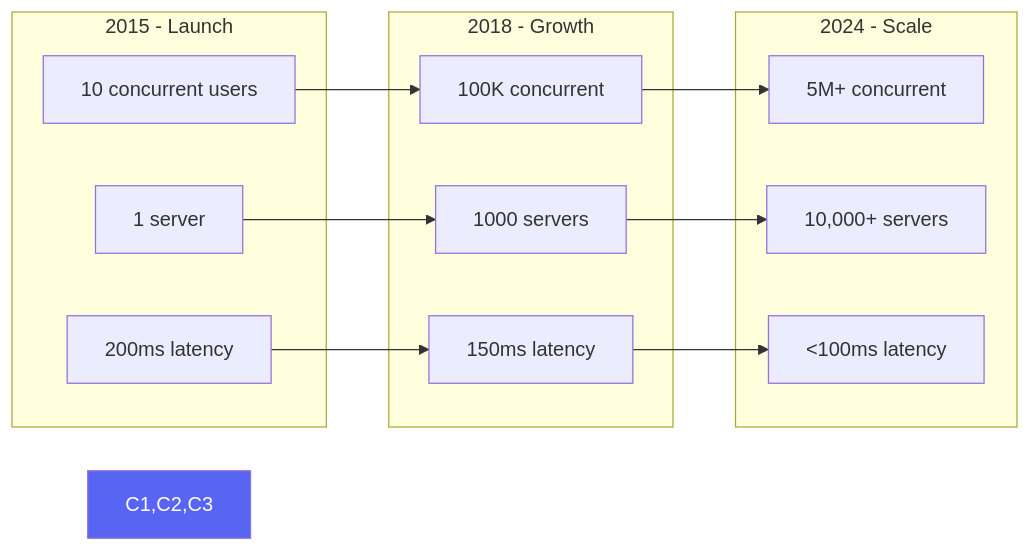
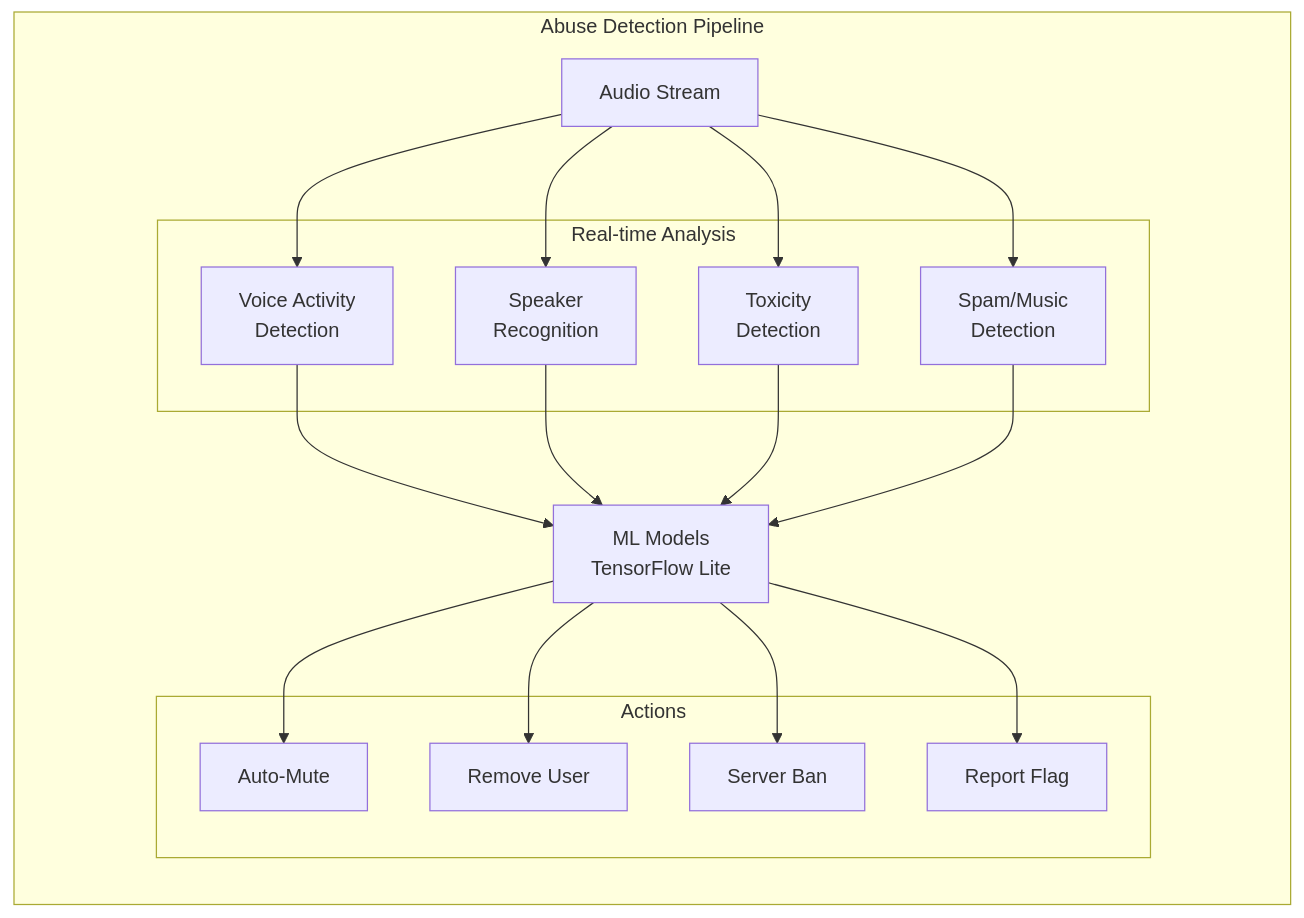
One commit to deepaucksharma/DStudio changed the seventh of 10 diagrams in docs/case-studies/elite-engineering/discord-voice-infrastructure.md. Above: the diagram before and after it, drawn with Mermaid. The commit also changed other lines of this file and 23 other files, not shown here.

````diff
--- a/docs/case-studies/elite-engineering/discord-voice-infrastructure.md
+++ b/docs/case-studies/elite-engineering/discord-voice-infrastructure.md
@@ -408,26 +417,37 @@
 ```mermaid
 graph LR
-    subgraph "2015 - Launch"
-        A1[10 concurrent users]
-        A2[1 server]
-        A3[200ms latency]
+    subgraph "Abuse Detection Pipeline"
+        AS[Audio Stream]
+        
+        subgraph "Real-time Analysis"
+            VAD[Voice Activity<br/>Detection]
+            SPK[Speaker<br/>Recognition]
+            TOXIC[Toxicity<br/>Detection]
+            SPAM[Spam/Music<br/>Detection]
+        end
+        
+        subgraph "Actions"
+            MUTE[Auto-Mute]
+            KICK[Remove User]
+            BAN[Server Ban]
+            REP[Report Flag]
+        end
+        
+        ML[ML Models<br/>TensorFlow Lite]
     end
     
-    subgraph "2018 - Growth"
-        B1[100K concurrent]
-        B2[1000 servers]
-        B3[150ms latency]
-    end
+    AS --> VAD
+    AS --> SPK
+    AS --> TOXIC
+    AS --> SPAM
     
-    subgraph "2024 - Scale"
-        C1[5M+ concurrent]
-        C2[10,000+ servers]
-        C3[<100ms latency]
-    end
+    VAD --> ML
+    SPK --> ML
+    TOXIC --> ML
+    SPAM --> ML
     
-    A1 --> B1 --> C1
-    A2 --> B2 --> C2
-    A3 --> B3 --> C3
-    
-    style C1,C2,C3 fill:#5865F2,color:#fff
+    ML --> MUTE
+    ML --> KICK
+    ML --> BAN
+    ML --> REP
 ```
````
